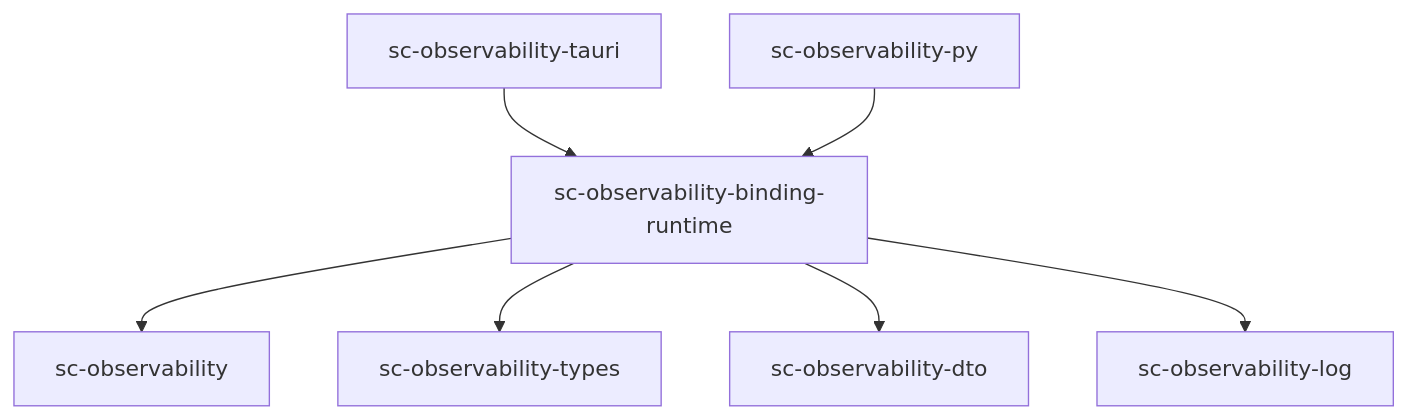
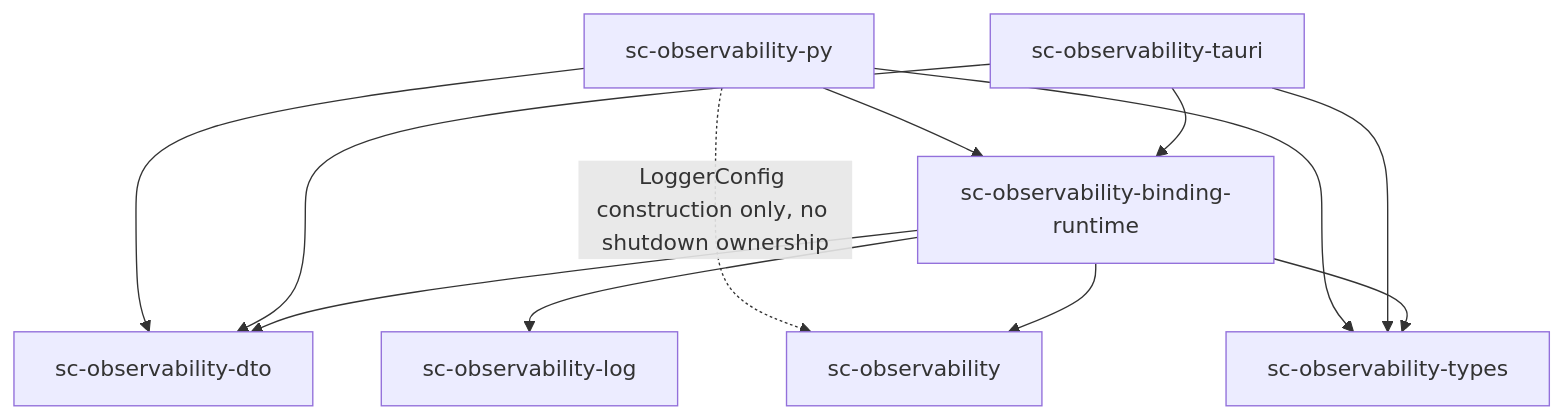
The diagram in docs/architecture.md (randlee/sc-observability), drawn with Mermaid before and after one commit. The commit also changed other lines of this file and 8 other files, not shown here.

````diff
--- a/docs/architecture.md
+++ b/docs/architecture.md
@@ -720,9 +742,14 @@
 ```mermaid
 graph TD
   Runtime[sc-observability-binding-runtime] --> Core[sc-observability]
   Runtime --> Types[sc-observability-types]
   Runtime --> DTO[sc-observability-dto]
   Runtime --> Bridge[sc-observability-log]
   Tauri[sc-observability-tauri] --> Runtime
+  Tauri --> DTO
+  Tauri --> Types
   Python[sc-observability-py] --> Runtime
+  Python --> DTO
+  Python --> Types
+  Python -. "LoggerConfig construction only, no shutdown ownership" .-> Core
 ```
````
